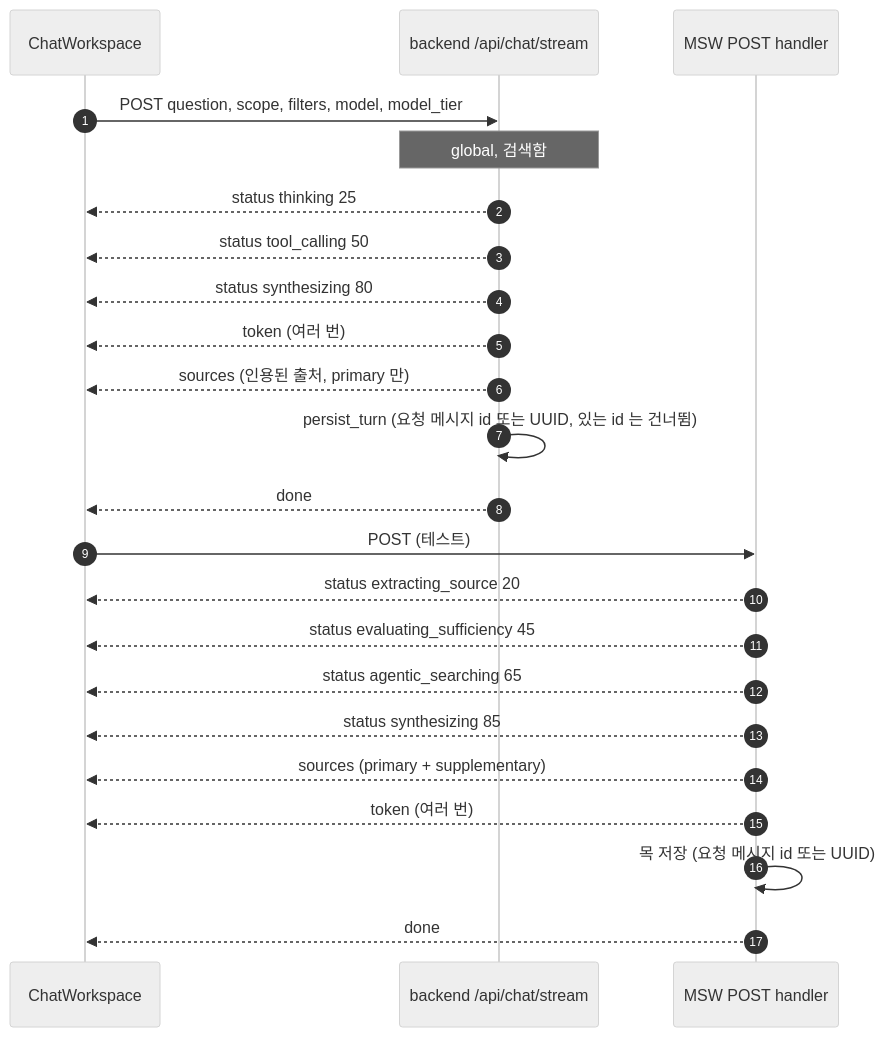
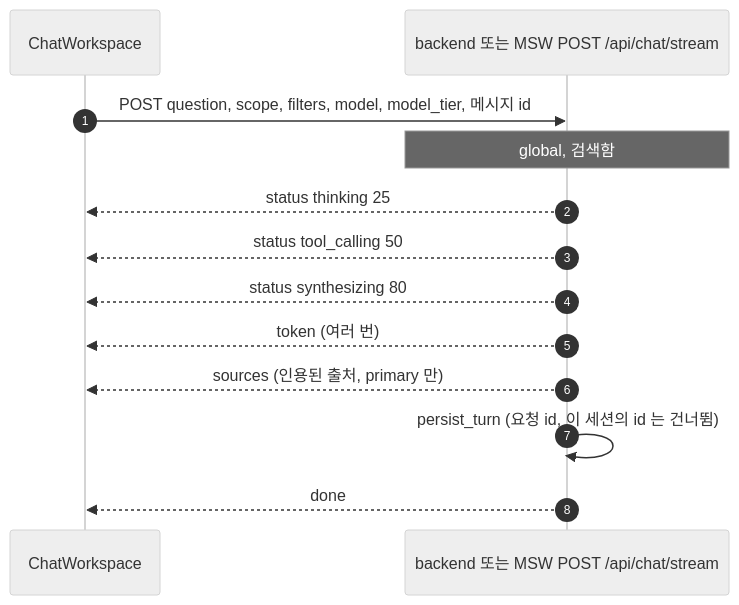
The diagram in docs/contract-integrator/01_CONTRACT_AND_MSW_SPEC.md (ozplayground/agent-lens), drawn with Mermaid (neutral theme) before and after one commit. The commit also changed other lines of this file and 216 other files, not shown here.

````diff
--- a/docs/contract-integrator/01_CONTRACT_AND_MSW_SPEC.md
+++ b/docs/contract-integrator/01_CONTRACT_AND_MSW_SPEC.md
@@ -496,25 +274,15 @@
 ```mermaid
 sequenceDiagram
     autonumber
     participant UI as ChatWorkspace
-    participant BE as backend /api/chat/stream
-    participant MSW as MSW POST handler
-    UI->>BE: POST question, scope, filters, model, model_tier
-    Note over BE: global, 검색함
-    BE-->>UI: status thinking 25
-    BE-->>UI: status tool_calling 50
-    BE-->>UI: status synthesizing 80
-    BE-->>UI: token (여러 번)
-    BE-->>UI: sources (인용된 출처, primary 만)
-    BE->>BE: persist_turn (요청 메시지 id 또는 UUID, 있는 id 는 건너뜀)
-    BE-->>UI: done
-    UI->>MSW: POST (테스트)
-    MSW-->>UI: status extracting_source 20
-    MSW-->>UI: status evaluating_sufficiency 45
-    MSW-->>UI: status agentic_searching 65
-    MSW-->>UI: status synthesizing 85
-    MSW-->>UI: sources (primary + supplementary)
-    MSW-->>UI: token (여러 번)
-    MSW->>MSW: 목 저장 (요청 메시지 id 또는 UUID)
-    MSW-->>UI: done
+    participant API as backend 또는 MSW POST /api/chat/stream
+    UI->>API: POST question, scope, filters, model, model_tier, 메시지 id
+    Note over API: global, 검색함
+    API-->>UI: status thinking 25
+    API-->>UI: status tool_calling 50
+    API-->>UI: status synthesizing 80
+    API-->>UI: token (여러 번)
+    API-->>UI: sources (인용된 출처, primary 만)
+    API->>API: persist_turn (요청 id, 이 세션의 id 는 건너뜀)
+    API-->>UI: done
 ```
````
